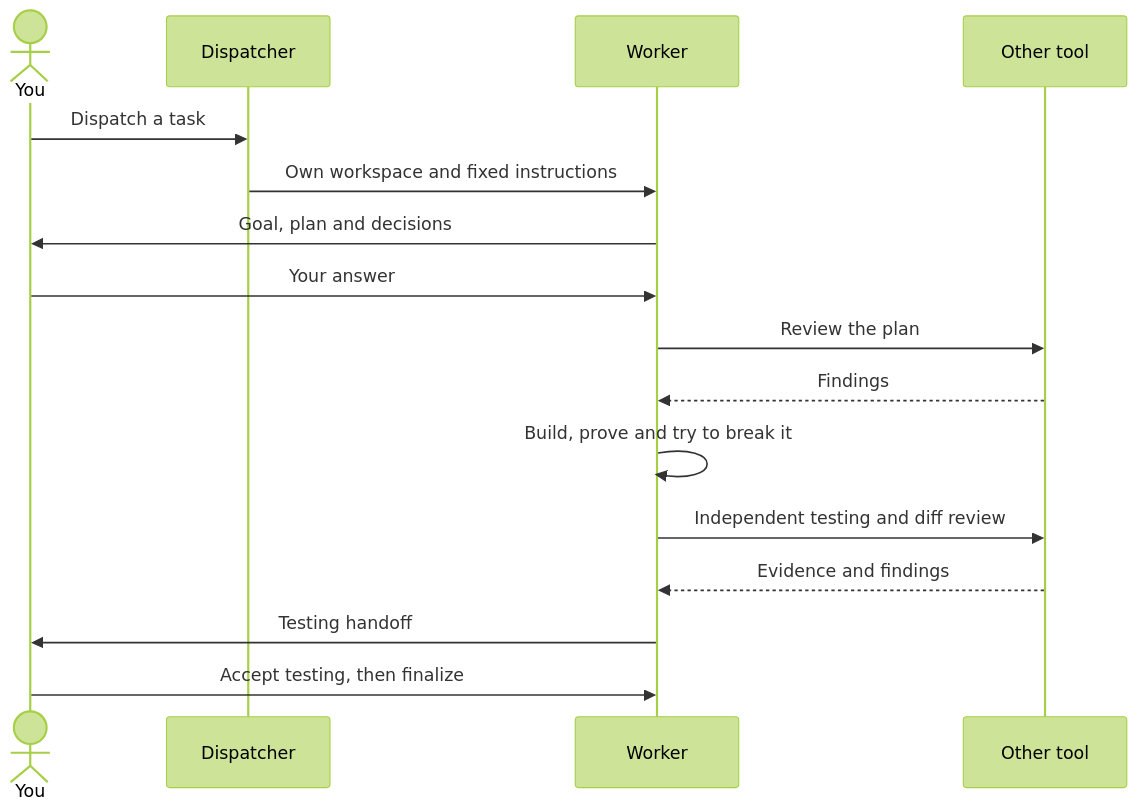
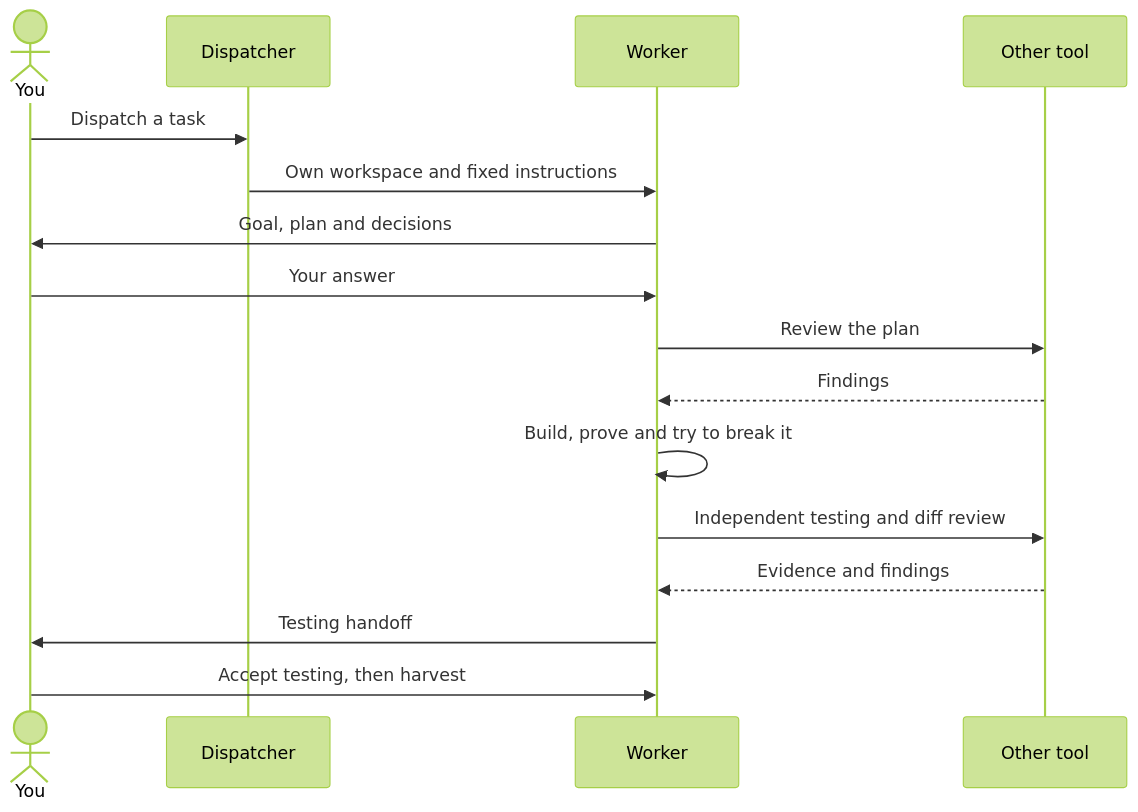
The diagram in README.md (Ellebam/slop-meister), drawn with Mermaid (forest theme) before and after one commit. The commit also changed other lines of this file and 264 other files, not shown here.

````diff
--- a/README.md
+++ b/README.md
@@ -60,18 +60,18 @@
 ```mermaid
 sequenceDiagram
     actor You
     participant D as Dispatcher
     participant W as Worker
     participant O as Other tool
     You->>D: Dispatch a task
     D->>W: Own workspace and fixed instructions
     W->>You: Goal, plan and decisions
     You->>W: Your answer
     W->>O: Review the plan
     O-->>W: Findings
     W->>W: Build, prove and try to break it
     W->>O: Independent testing and diff review
     O-->>W: Evidence and findings
     W->>You: Testing handoff
-    You->>W: Accept testing, then finalize
+    You->>W: Accept testing, then harvest
 ```
````
